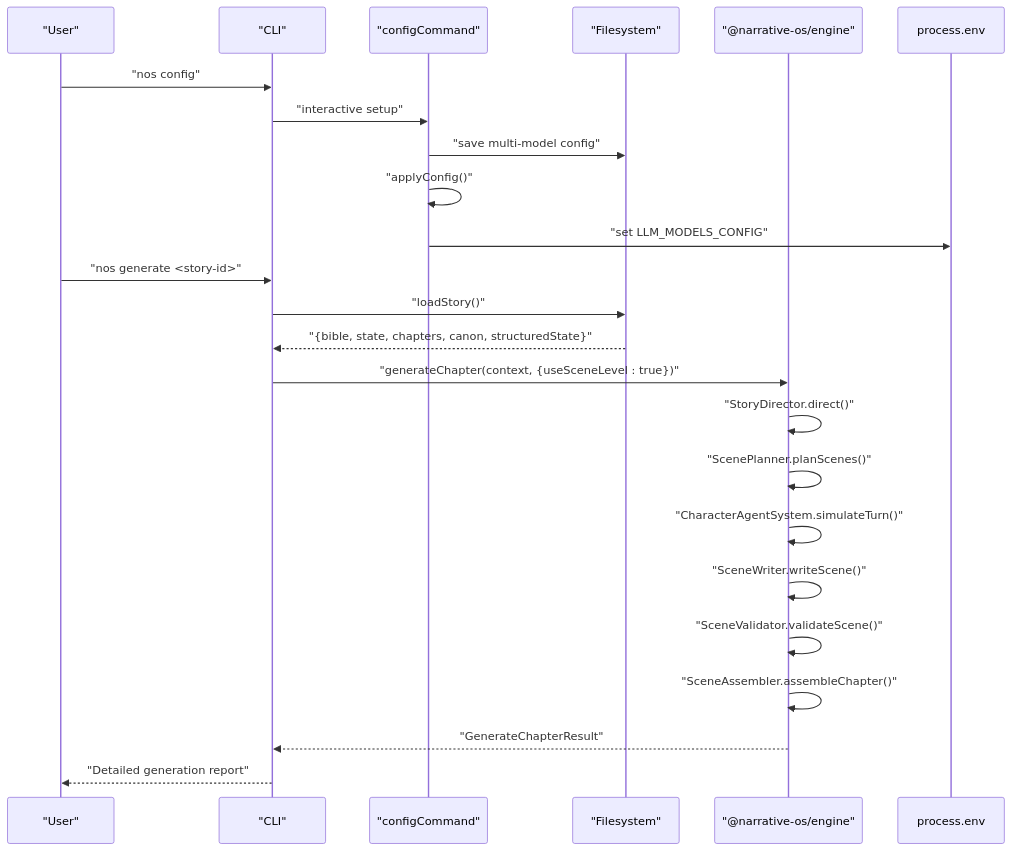
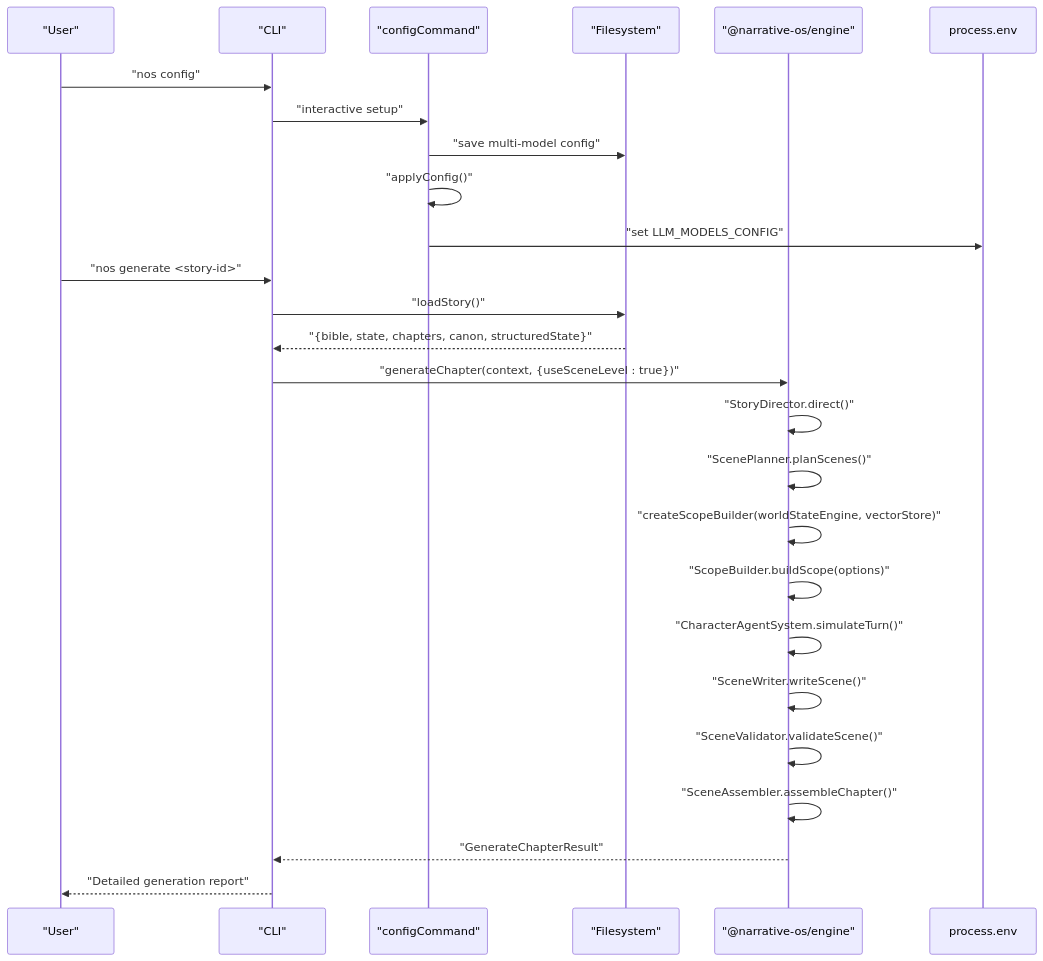
One commit to liwonder/NARRITIVE_OS changed diagram 11 of 12 in .qoder/repowiki/en/content/Engine Architecture/Engine Architecture.md. Above: the diagram before and after it, drawn with Mermaid. The commit also changed other lines of this file and 22 other files, not shown here.

````diff
--- a/.qoder/repowiki/en/content/Engine Architecture/Engine Architecture.md
+++ b/.qoder/repowiki/en/content/Engine Architecture/Engine Architecture.md
@@ -788,25 +889,27 @@
 ```mermaid
 sequenceDiagram
 participant User as "User"
 participant CLI as "CLI"
 participant Config as "configCommand"
 participant FS as "Filesystem"
 participant Engine as "@narrative-os/engine"
 User->>CLI : "nos config"
 CLI->>Config : "interactive setup"
 Config->>FS : "save multi-model config"
 Config->>Config : "applyConfig()"
 Config->>process.env : "set LLM_MODELS_CONFIG"
 User->>CLI : "nos generate <story-id>"
 CLI->>FS : "loadStory()"
 FS-->>CLI : "{bible, state, chapters, canon, structuredState}"
 CLI->>Engine : "generateChapter(context, {useSceneLevel : true})"
 Engine->>Engine : "StoryDirector.direct()"
 Engine->>Engine : "ScenePlanner.planScenes()"
+Engine->>Engine : "createScopeBuilder(worldStateEngine, vectorStore)"
+Engine->>Engine : "ScopeBuilder.buildScope(options)"
 Engine->>Engine : "CharacterAgentSystem.simulateTurn()"
 Engine->>Engine : "SceneWriter.writeScene()"
 Engine->>Engine : "SceneValidator.validateScene()"
 Engine->>Engine : "SceneAssembler.assembleChapter()"
 Engine-->>CLI : "GenerateChapterResult"
 CLI-->>User : "Detailed generation report"
 ```
````
